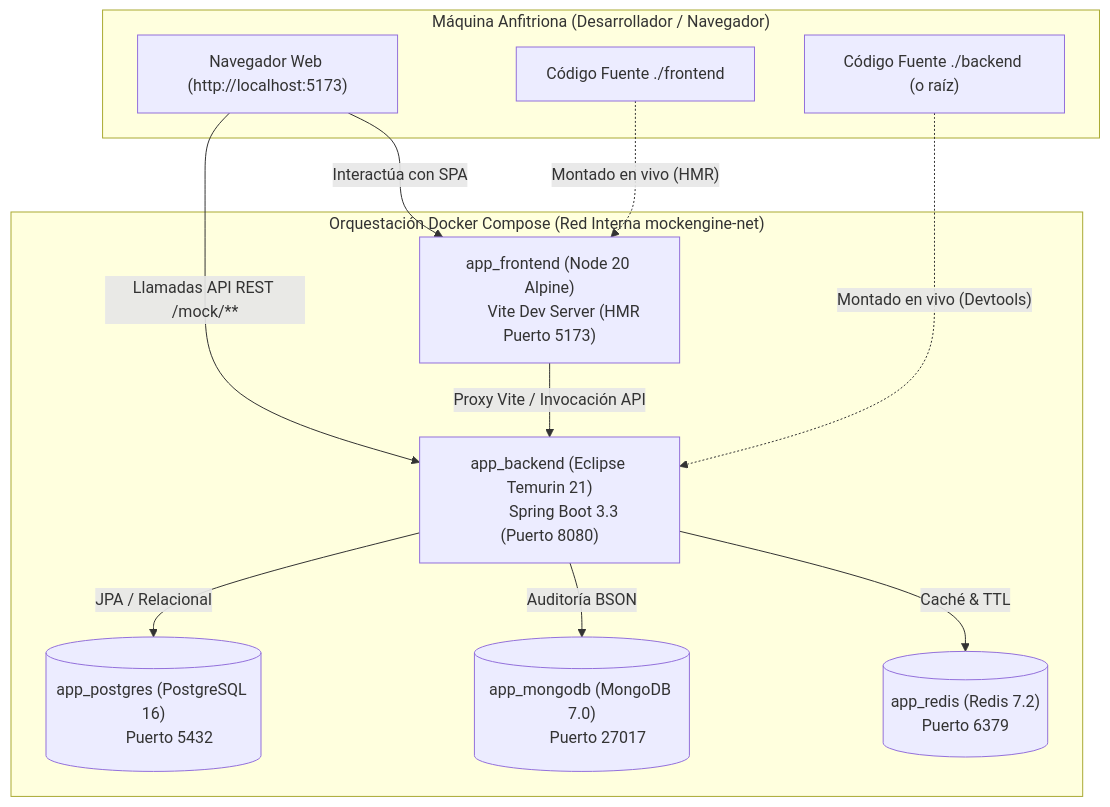
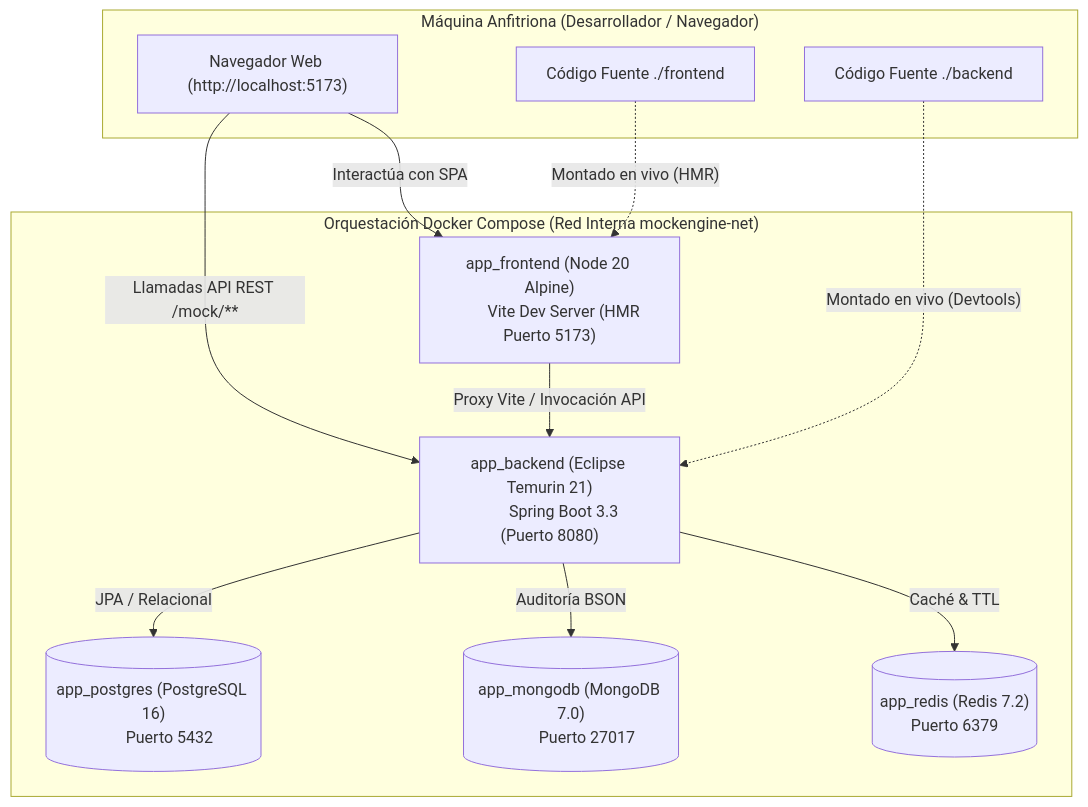
One commit to PedroOrtRec/mocking-engine-state-simulator changed the diagram in guide-phase-3/README.md. Above: the diagram before and after it, drawn with Mermaid. The commit also changed 70 other files, not shown here.

Commit message:
refactor(architecture): restructure repository to monorepo with dedicated backend directory

````diff
--- a/guide-phase-3/README.md
+++ b/guide-phase-3/README.md
@@ -31,36 +31,36 @@
 ```mermaid
 flowchart TD
     subgraph Host ["Máquina Anfitriona (Desarrollador / Navegador)"]
         Browser["Navegador Web (http://localhost:5173)"]
         SrcFront["Código Fuente ./frontend"]
-        SrcBack["Código Fuente ./backend (o raíz)"]
+        SrcBack["Código Fuente ./backend"]
     end
 
     subgraph DockerCompose ["Orquestación Docker Compose (Red Interna mockengine-net)"]
         FE["app_frontend (Node 20 Alpine)
         Vite Dev Server (HMR Puerto 5173)"]
         
         BE["app_backend (Eclipse Temurin 21)
         Spring Boot 3.3 (Puerto 8080)"]
         
         PG[("app_postgres (PostgreSQL 16)
         Puerto 5432")]
         
         MG[("app_mongodb (MongoDB 7.0)
         Puerto 27017")]
         
         RD[("app_redis (Redis 7.2)
         Puerto 6379")]
     end
 
     Browser -->|"Interactúa con SPA"| FE
     Browser -->|"Llamadas API REST /mock/**"| BE
     FE -->|"Proxy Vite / Invocación API"| BE
     
     SrcFront -.->|"Montado en vivo (HMR)"| FE
     SrcBack -.->|"Montado en vivo (Devtools)"| BE
     
     BE -->|"JPA / Relacional"| PG
     BE -->|"Auditoría BSON"| MG
     BE -->|"Caché & TTL"| RD
 ```
````
